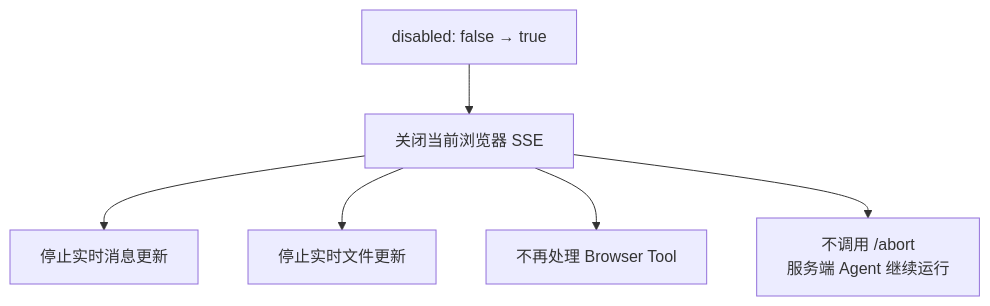
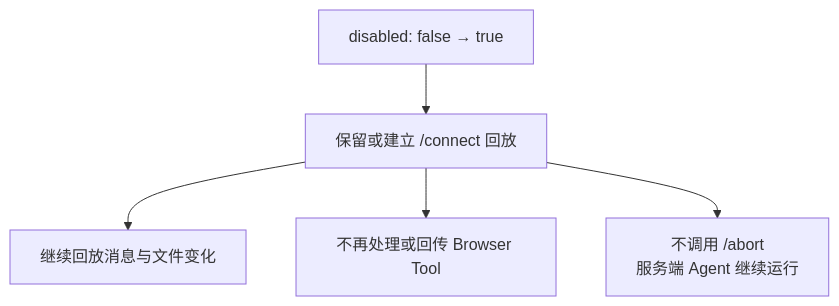
Before and after one commit to mybricks/plugin-ai: the eighth of 10 diagrams in packages/plugin/src/ui/chat/chat-panel/http-agent-design.md, drawn with Mermaid. The commit also changed other lines of this file and 8 other files, not shown here.

````diff
--- a/packages/plugin/src/ui/chat/chat-panel/http-agent-design.md
+++ b/packages/plugin/src/ui/chat/chat-panel/http-agent-design.md
@@ -188,8 +187,7 @@
 ```mermaid
 flowchart TD
-    A["disabled: false → true"] --> B["关闭当前浏览器 SSE"]
-    B --> C["停止实时消息更新"]
-    B --> D["停止实时文件更新"]
-    B --> E["不再处理 Browser Tool"]
-    B --> F["不调用 /abort<br/>服务端 Agent 继续运行"]
+    A["disabled: false → true"] --> B["保留或建立 /connect 回放"]
+    B --> C["继续回放消息与文件变化"]
+    B --> D["不再处理或回传 Browser Tool"]
+    B --> E["不调用 /abort<br/>服务端 Agent 继续运行"]
 ```
````
